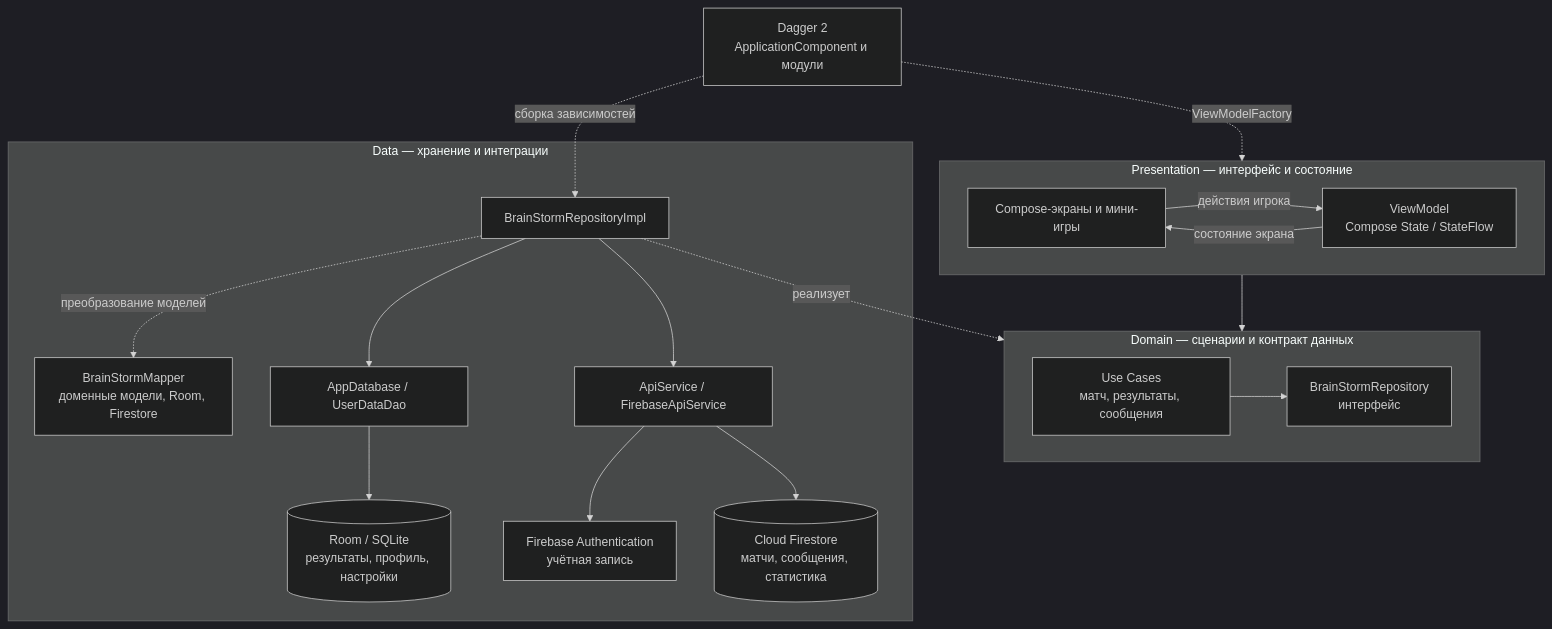
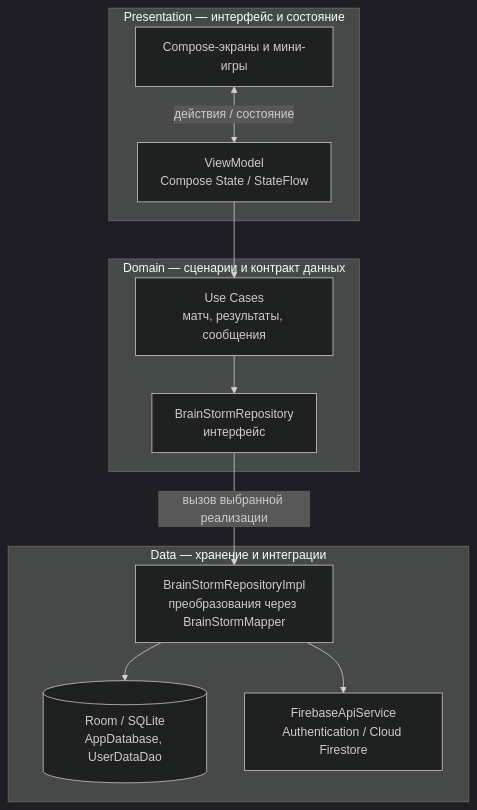
Before and after one commit to Vkuvalin/BrainStorm: the first of 2 diagrams in README.md, drawn with Mermaid (dark theme). The commit also changed other lines of this file, not shown here.

Commit message:
docs: improve BrainStorm diagram layout

````diff
--- a/README.md
+++ b/README.md
@@ -182,39 +182,25 @@
 ```mermaid
 flowchart TB
     subgraph P["Presentation — интерфейс и состояние"]
-        direction LR
         UI["Compose-экраны и мини-игры"]
         VM["ViewModel<br/>Compose State / StateFlow"]
-        UI -->|действия игрока| VM
-        VM -->|состояние экрана| UI
+        UI <-->|действия / состояние| VM
     end
 
     subgraph D["Domain — сценарии и контракт данных"]
-        direction LR
         UC["Use Cases<br/>матч, результаты, сообщения"]
         CONTRACT["BrainStormRepository<br/>интерфейс"]
         UC --> CONTRACT
     end
 
     subgraph DATA["Data — хранение и интеграции"]
-        IMPL["BrainStormRepositoryImpl"]
-        MAPPER["BrainStormMapper<br/>доменные модели, Room, Firestore"]
-        DAO["AppDatabase / UserDataDao"]
-        ROOM[("Room / SQLite<br/>результаты, профиль, настройки")]
-        API["ApiService / FirebaseApiService"]
-        AUTH["Firebase Authentication<br/>учётная запись"]
-        FS[("Cloud Firestore<br/>матчи, сообщения, статистика")]
-        IMPL -.->|преобразование моделей| MAPPER
+        IMPL["BrainStormRepositoryImpl<br/>преобразования через BrainStormMapper"]
+        DAO[("Room / SQLite<br/>AppDatabase, UserDataDao")]
+        API["FirebaseApiService<br/>Authentication / Cloud Firestore"]
         IMPL --> DAO
-        DAO --> ROOM
         IMPL --> API
-        API --> AUTH
-        API --> FS
     end
 
-    DI["Dagger 2<br/>ApplicationComponent и модули"]
     VM --> UC
-    IMPL -.->|реализует| CONTRACT
-    DI -.->|ViewModelFactory| VM
-    DI -.->|сборка зависимостей| IMPL
+    CONTRACT -->|вызов выбранной реализации| IMPL
 ```
````
